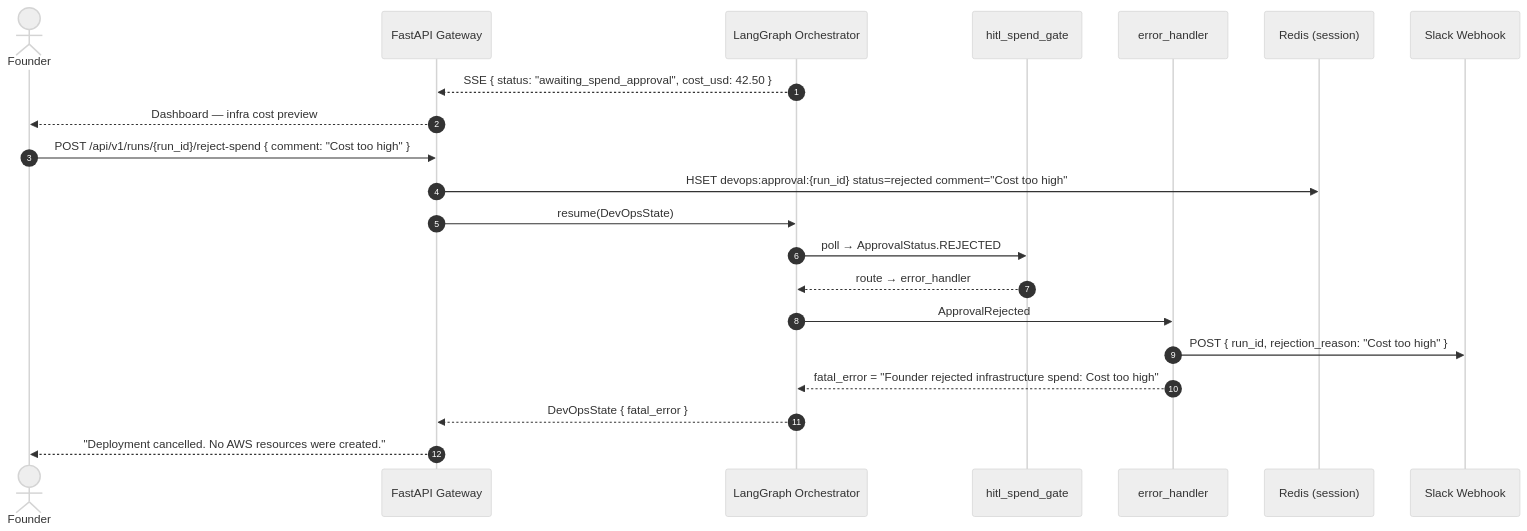
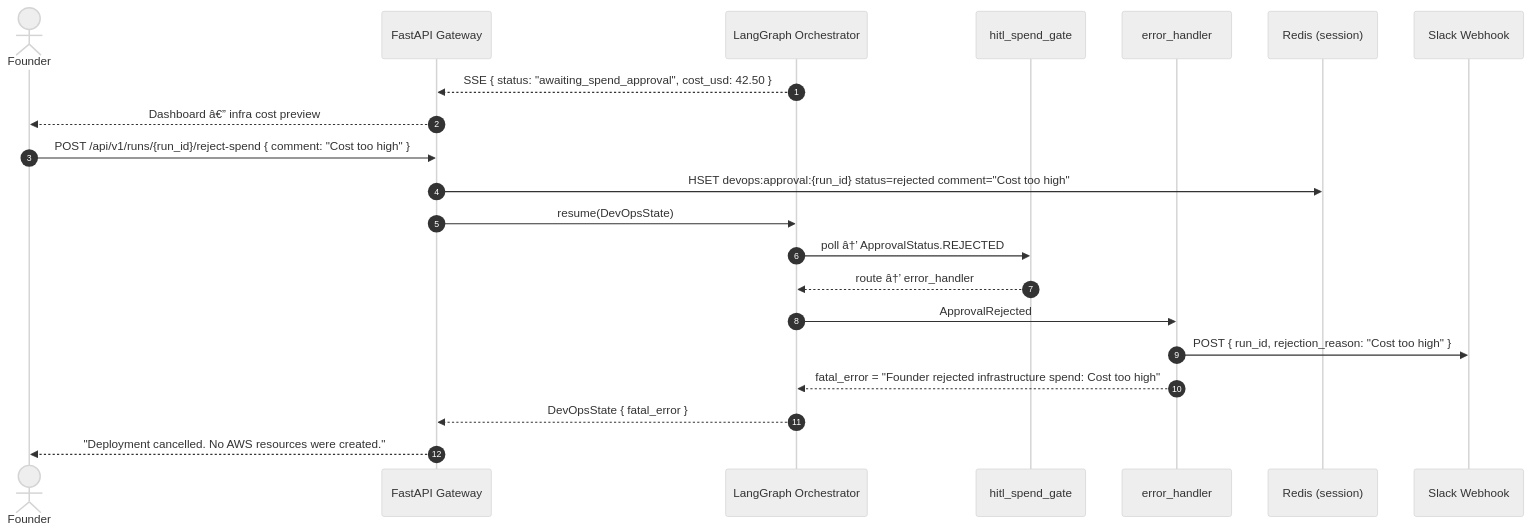
One commit to kaushraj1/AutoFounder changed the fourth of 5 diagrams in docs/architecture/Agents-Architecture/devops-agent.md. Above: the diagram before and after it, drawn with Mermaid (neutral theme). The commit also changed other lines of this file and 68 other files, not shown here.

````diff
--- a/docs/architecture/Agents-Architecture/devops-agent.md
+++ b/docs/architecture/Agents-Architecture/devops-agent.md
@@ -1824,28 +1824,28 @@
 ```mermaid
 sequenceDiagram
     autonumber
     actor Founder
     participant API   as FastAPI Gateway
     participant Graph as LangGraph Orchestrator
     participant Gate  as hitl_spend_gate
     participant EH    as error_handler
     participant Redis as Redis (session)
     participant Slack as Slack Webhook
 
     Graph -->> API: SSE { status: "awaiting_spend_approval", cost_usd: 42.50 }
-    API -->> Founder: Dashboard — infra cost preview
+    API -->> Founder: Dashboard â€” infra cost preview
 
     Founder ->> API: POST /api/v1/runs/{run_id}/reject-spend { comment: "Cost too high" }
     API ->> Redis: HSET devops:approval:{run_id} status=rejected comment="Cost too high"
     API ->> Graph: resume(DevOpsState)
 
-    Graph ->> Gate: poll → ApprovalStatus.REJECTED
-    Gate -->> Graph: route → error_handler
+    Graph ->> Gate: poll â†’ ApprovalStatus.REJECTED
+    Gate -->> Graph: route â†’ error_handler
 
     Graph ->> EH: ApprovalRejected
     EH ->> Slack: POST { run_id, rejection_reason: "Cost too high" }
     EH -->> Graph: fatal_error = "Founder rejected infrastructure spend: Cost too high"
 
     Graph -->> API: DevOpsState { fatal_error }
     API -->> Founder: "Deployment cancelled. No AWS resources were created."
 ```
````
